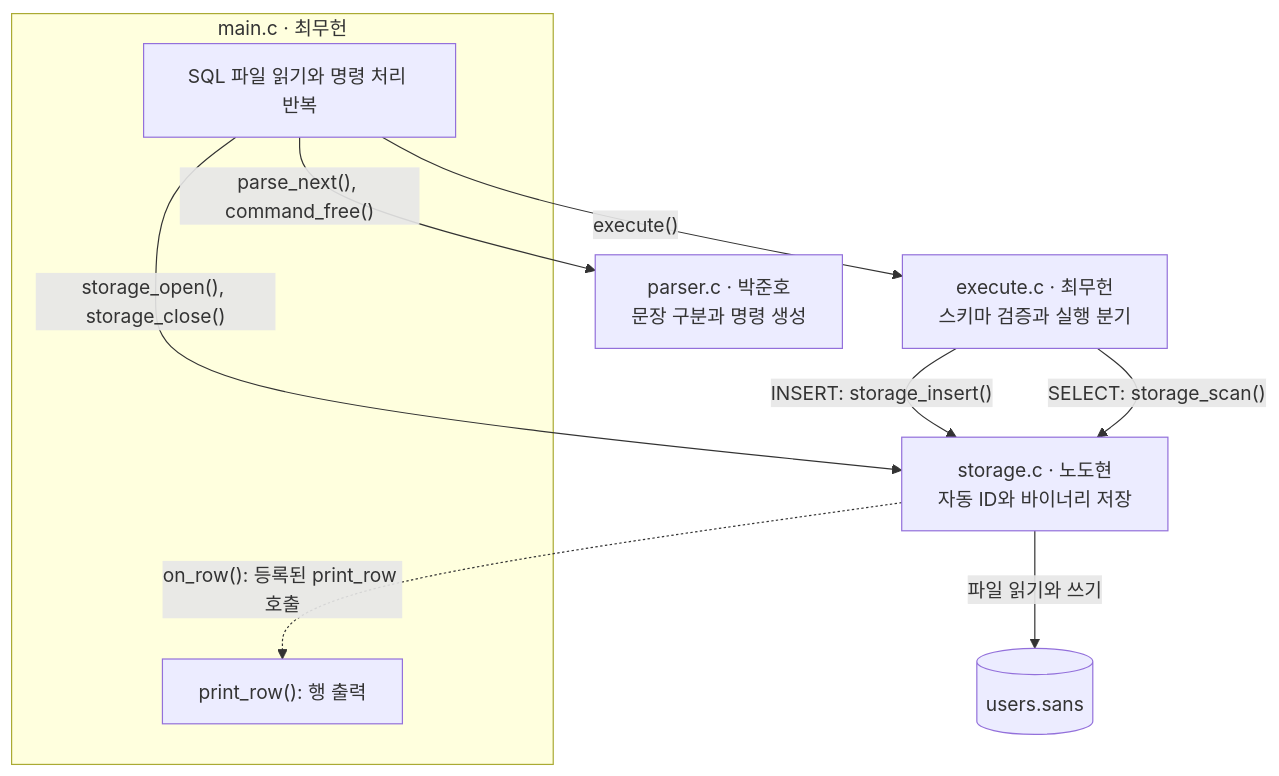
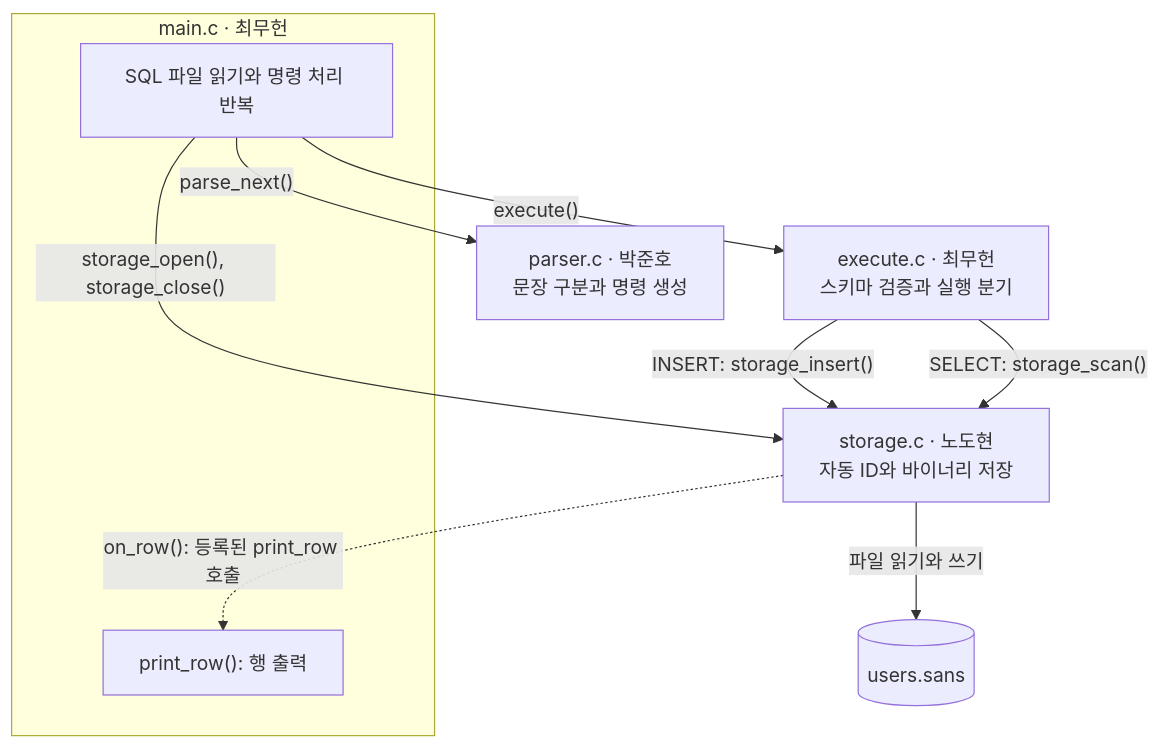
The first of 2 diagrams in docs/architecture.md (NARi3040/KJG-SW-AI-W11-DBMS), drawn with Mermaid before and after one commit. The commit also changed other lines of this file and 1 other file, not shown here.

````diff
--- a/docs/architecture.md
+++ b/docs/architecture.md
@@ -36,19 +37,19 @@
 ```mermaid
 flowchart TD
     subgraph CLI["main.c · 최무헌"]
         M["SQL 파일 읽기와 명령 처리 반복"]
         O["print_row(): 행 출력"]
     end
     P["parser.c · 박준호<br/>문장 구분과 명령 생성"]
     E["execute.c · 최무헌<br/>스키마 검증과 실행 분기"]
     S["storage.c · 노도현<br/>자동 ID와 바이너리 저장"]
     D[("users.sans")]
 
-    M -->|"parse_next(), command_free()"| P
+    M -->|"parse_next()"| P
     M -->|"execute()"| E
     M -->|"storage_open(), storage_close()"| S
     E -->|"INSERT: storage_insert()"| S
     E -->|"SELECT: storage_scan()"| S
     S -->|"파일 읽기와 쓰기"| D
     S -.->|"on_row(): 등록된 print_row 호출"| O
 ```
````
